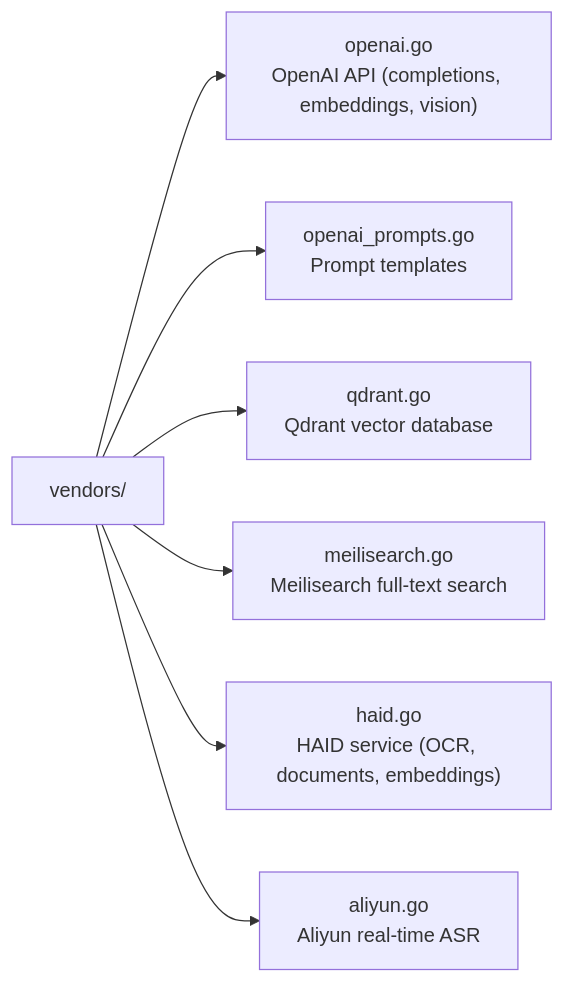
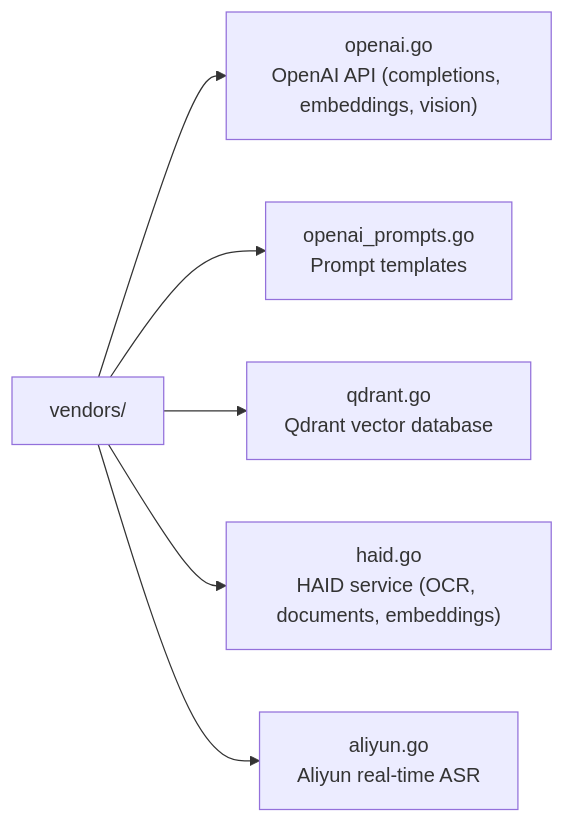
The diagram in src/content/docs/internal/components/external-service-integrations.md (xiaoyuanzhu-com/my-life-db-docs), drawn with Mermaid before and after one commit. The commit also changed other lines of this file and 17 other files, not shown here.

````diff
--- a/src/content/docs/internal/components/external-service-integrations.md
+++ b/src/content/docs/internal/components/external-service-integrations.md
@@ -11,9 +13,8 @@
 ```mermaid
 graph LR
     V["vendors/"] --> openai["openai.go\nOpenAI API (completions, embeddings, vision)"]
     V --> prompts["openai_prompts.go\nPrompt templates"]
     V --> qdrant["qdrant.go\nQdrant vector database"]
-    V --> meili["meilisearch.go\nMeilisearch full-text search"]
     V --> haid["haid.go\nHAID service (OCR, documents, embeddings)"]
     V --> aliyun["aliyun.go\nAliyun real-time ASR"]
 ```
````
